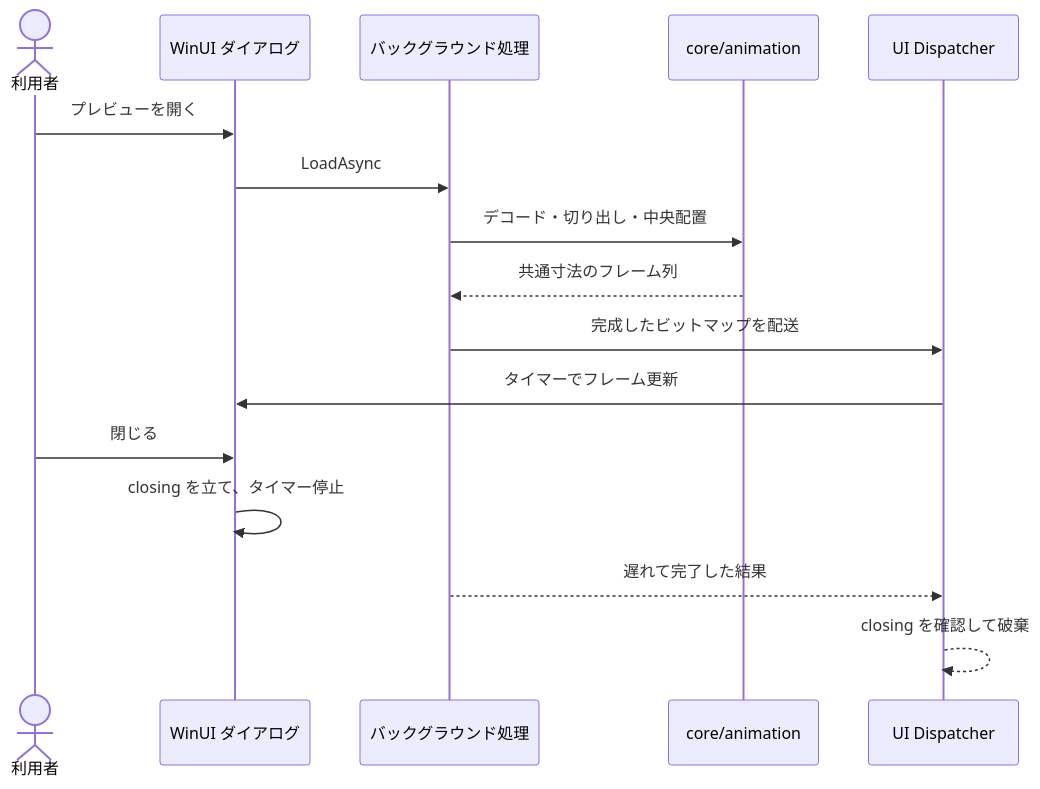
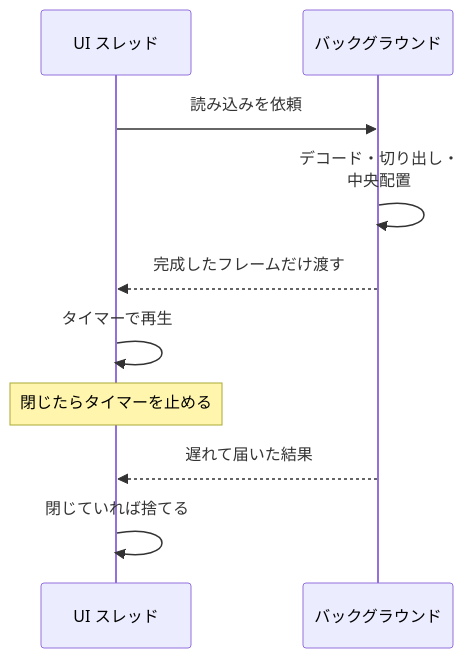
Before and after one commit to Nerunell11/Nerunell11.github.io: the second of 2 diagrams in src/content/works/asset-converter.md, drawn with Mermaid. The commit also changed 2 other files, not shown here.

Commit message:
図をスクロールなしで枠に収める
- 枠より大きい図は枠の幅まで縮めて表示する。クラス図は Mermaid が本来の
  幅をインラインで指定するので、描画後に上書きする
- クラス図で Mermaid の計算した外枠が小さく下が切れていたため、実際に
  描かれた範囲から外枠を取り直す
- 縮めても文字が読めるよう、横に広い図を描き直した
  - Nexus の RHI: クラスを9個から5個に絞り、線の交差をなくした
  - Nexus の1フレームの流れ: シーケンス図を縦のフローチャートにした
  - AssetConverter のアニメーションプレビュー: 登場するものを
    UI スレッドとバックグラウンドの2つに絞った

````diff
--- a/src/content/works/asset-converter.md
+++ b/src/content/works/asset-converter.md
@@ -135,19 +135,12 @@
 ```mermaid
 sequenceDiagram
-    actor User as 利用者
-    participant Dialog as WinUI ダイアログ
-    participant Worker as バックグラウンド処理
-    participant Core as core/animation
-    participant UI as UI Dispatcher
-
-    User->>Dialog: プレビューを開く
-    Dialog->>Worker: LoadAsync
-    Worker->>Core: デコード・切り出し・中央配置
-    Core-->>Worker: 共通寸法のフレーム列
-    Worker->>UI: 完成したビットマップを配送
-    UI->>Dialog: タイマーでフレーム更新
-    User->>Dialog: 閉じる
-    Dialog->>Dialog: closing を立て、タイマー停止
-    Worker-->>UI: 遅れて完了した結果
-    UI-->>UI: closing を確認して破棄
+    participant UI as UI スレッド
+    participant BG as バックグラウンド
+    UI->>BG: 読み込みを依頼
+    BG->>BG: デコード・切り出し・<br/>中央配置
+    BG-->>UI: 完成したフレームだけ渡す
+    UI->>UI: タイマーで再生
+    Note over UI: 閉じたらタイマーを止める
+    BG-->>UI: 遅れて届いた結果
+    UI->>UI: 閉じていれば捨てる
 ```
````
